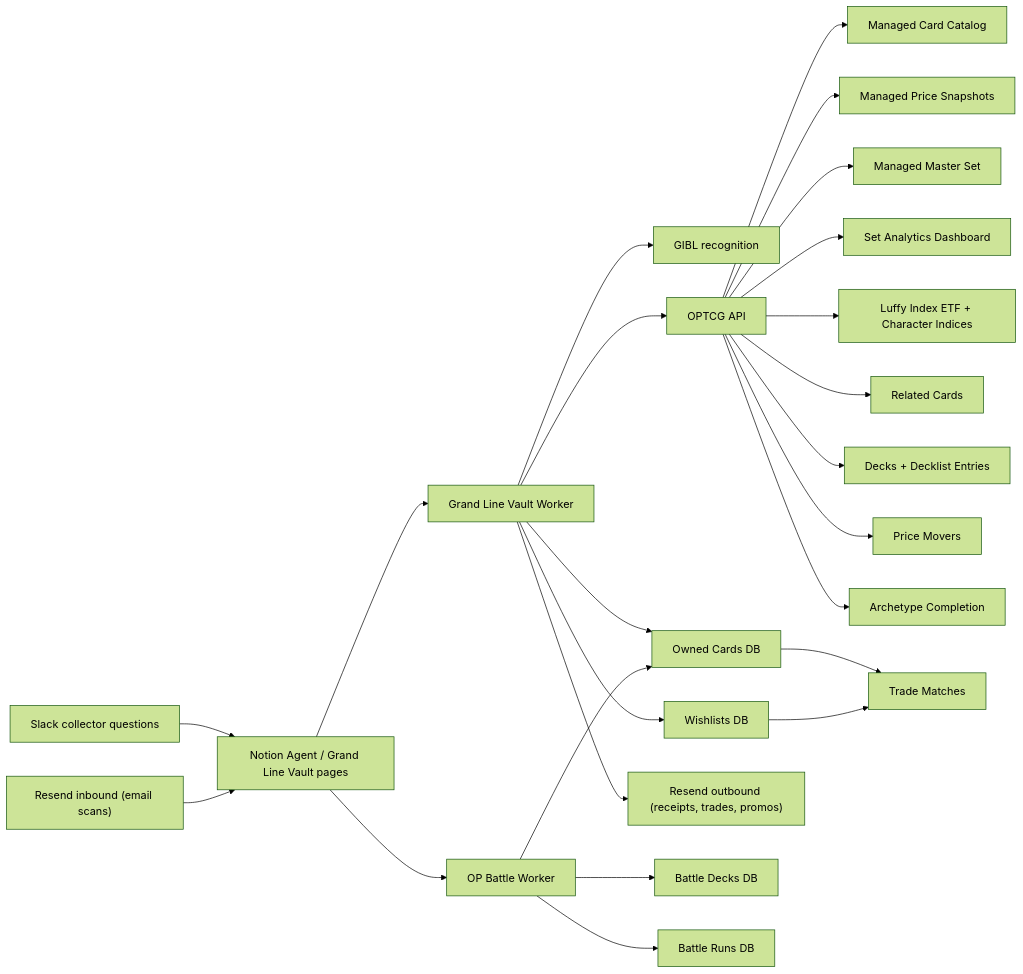
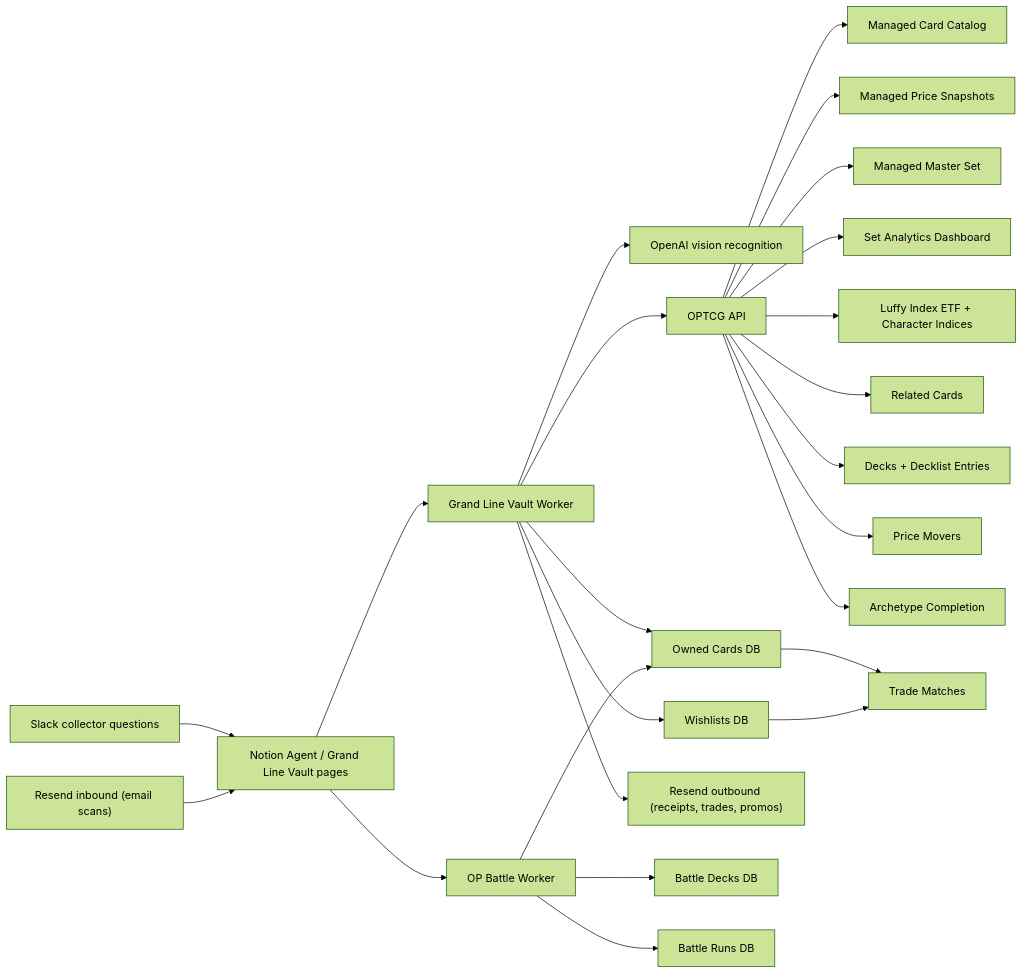
Before and after one commit to spenceryang/grandlinevault: the diagram in README.md, drawn with Mermaid (forest theme). The commit also changed other lines of this file and 7 other files, not shown here.

````diff
--- a/README.md
+++ b/README.md
@@ -250,26 +250,26 @@
 ```mermaid
 flowchart LR
     S["Slack collector questions"] --> A["Notion Agent / Grand Line Vault pages"]
     A --> B["Grand Line Vault Worker"]
     A --> OB["OP Battle Worker"]
-    B --> C["GIBL recognition"]
+    B --> C["OpenAI vision recognition"]
     B --> D["OPTCG API"]
     B --> E["Owned Cards DB"]
     B --> F["Wishlists DB"]
     D --> G["Managed Card Catalog"]
     D --> H["Managed Price Snapshots"]
     D --> I["Managed Master Set"]
     D --> J["Set Analytics Dashboard"]
     D --> K["Luffy Index ETF + Character Indices"]
     D --> L["Related Cards"]
     D --> M["Decks + Decklist Entries"]
     D --> N["Price Movers"]
     D --> O["Archetype Completion"]
     E --> P["Trade Matches"]
     F --> P
     Q["Resend inbound (email scans)"] --> A
     B --> R["Resend outbound (receipts, trades, promos)"]
     OB --> E
     OB --> BD["Battle Decks DB"]
     OB --> BR["Battle Runs DB"]
 ```
````
